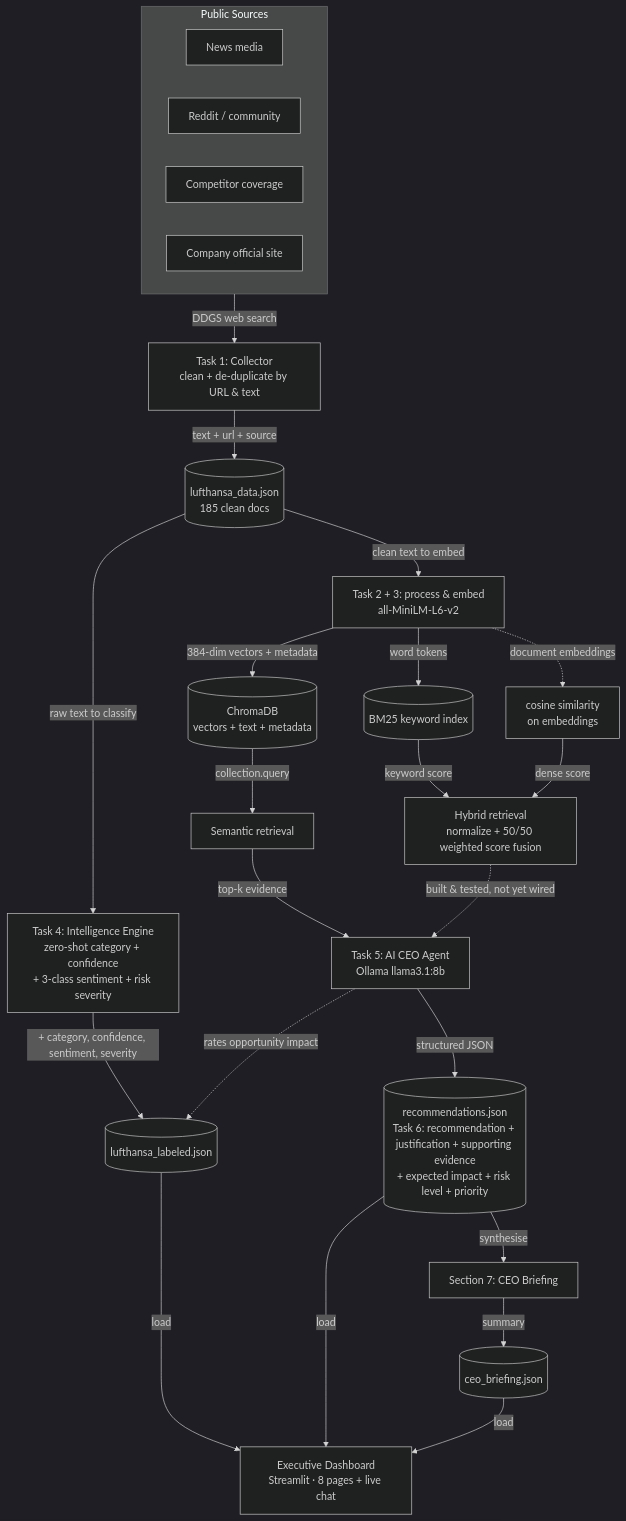
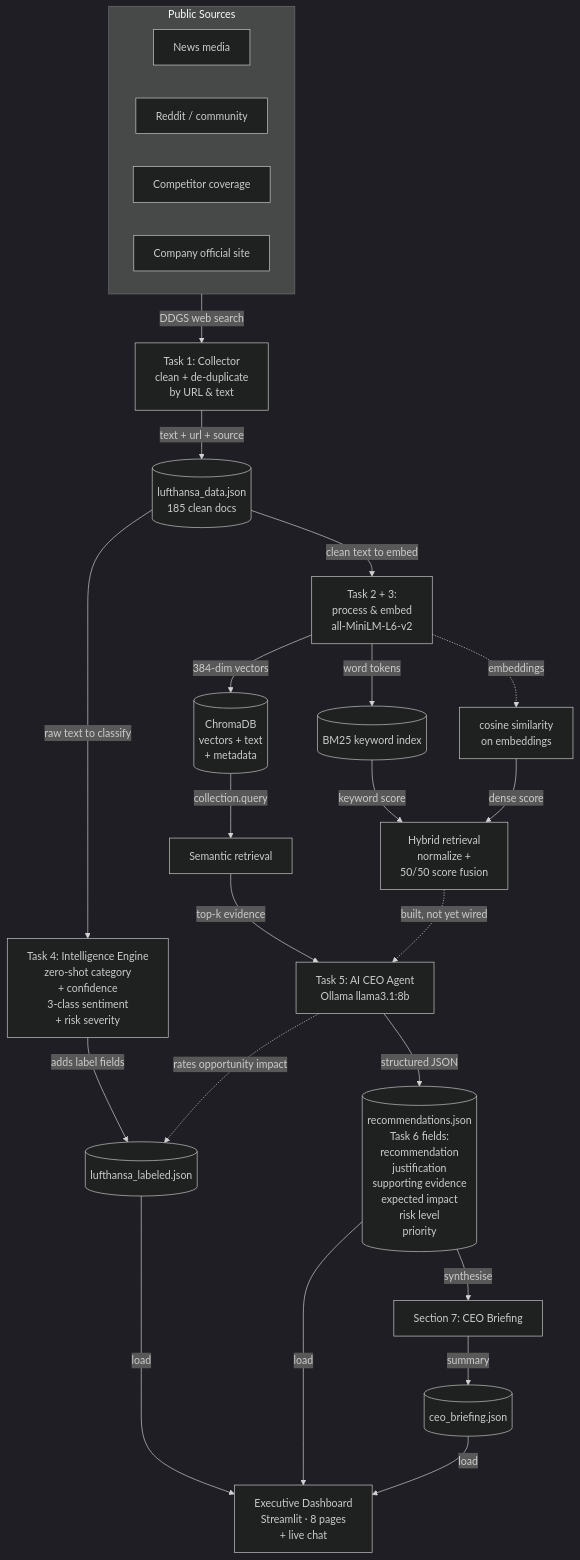
Before and after one commit to Nihalpujari/ML_Practice: the first of 2 diagrams in NLP/NLP Exam/AI CEO Strategic Intelligence Agent/README.md, drawn with Mermaid (dark theme). The commit also changed other lines of this file, not shown here.

````diff
--- a/NLP/NLP Exam/AI CEO Strategic Intelligence Agent/README.md
+++ b/NLP/NLP Exam/AI CEO Strategic Intelligence Agent/README.md
@@ -84,35 +84,35 @@
 ```mermaid
 flowchart TD
     subgraph SOURCES[Public Sources]
         N[News media]
         R[Reddit / community]
         CMP[Competitor coverage]
         CO[Company official site]
     end
 
-    SOURCES -->|DDGS web search| COLLECT[Task 1: Collector<br/>clean + de-duplicate by URL & text]
+    SOURCES -->|DDGS web search| COLLECT[Task 1: Collector<br/>clean + de-duplicate<br/>by URL & text]
     COLLECT -->|text + url + source| JSON[(lufthansa_data.json<br/>185 clean docs)]
 
-    JSON -->|clean text to embed| PROC[Task 2 + 3: process & embed<br/>all-MiniLM-L6-v2]
-    PROC -->|384-dim vectors + metadata| CHROMA[(ChromaDB<br/>vectors + text + metadata)]
+    JSON -->|clean text to embed| PROC[Task 2 + 3:<br/>process & embed<br/>all-MiniLM-L6-v2]
+    PROC -->|384-dim vectors| CHROMA[(ChromaDB<br/>vectors + text<br/>+ metadata)]
     PROC -->|word tokens| BM25[(BM25 keyword index)]
-    PROC -. document embeddings .-> COS[cosine similarity<br/>on embeddings]
+    PROC -. embeddings .-> COS[cosine similarity<br/>on embeddings]
 
-    JSON -->|raw text to classify| INTEL[Task 4: Intelligence Engine<br/>zero-shot category + confidence<br/>+ 3-class sentiment + risk severity]
-    INTEL -->|+ category, confidence, sentiment, severity| LABELED[(lufthansa_labeled.json)]
+    JSON -->|raw text to classify| INTEL[Task 4: Intelligence Engine<br/>zero-shot category<br/>+ confidence<br/>3-class sentiment<br/>+ risk severity]
+    INTEL -->|adds label fields| LABELED[(lufthansa_labeled.json)]
     AGENT -. rates opportunity impact .-> LABELED
 
     CHROMA -->|collection.query| SEM[Semantic retrieval]
-    BM25 -->|keyword score| HYB[Hybrid retrieval<br/>normalize + 50/50 weighted score fusion]
+    BM25 -->|keyword score| HYB[Hybrid retrieval<br/>normalize +<br/>50/50 score fusion]
     COS -->|dense score| HYB
 
     SEM -->|top-k evidence| AGENT[Task 5: AI CEO Agent<br/>Ollama llama3.1:8b]
-    HYB -. built &amp; tested, not yet wired .-> AGENT
-    AGENT -->|structured JSON| RECS[(recommendations.json<br/>Task 6: recommendation + justification + supporting evidence<br/>+ expected impact + risk level + priority)]
+    HYB -. built, not yet wired .-> AGENT
+    AGENT -->|structured JSON| RECS[(recommendations.json<br/>Task 6 fields:<br/>recommendation<br/>justification<br/>supporting evidence<br/>expected impact<br/>risk level<br/>priority)]
     RECS -->|synthesise| BRIEF[Section 7: CEO Briefing]
     BRIEF -->|summary| CB[(ceo_briefing.json)]
 
-    LABELED -->|load| DASH[Executive Dashboard<br/>Streamlit · 8 pages + live chat]
+    LABELED -->|load| DASH[Executive Dashboard<br/>Streamlit · 8 pages<br/>+ live chat]
     RECS -->|load| DASH
     CB -->|load| DASH
 ```
````
